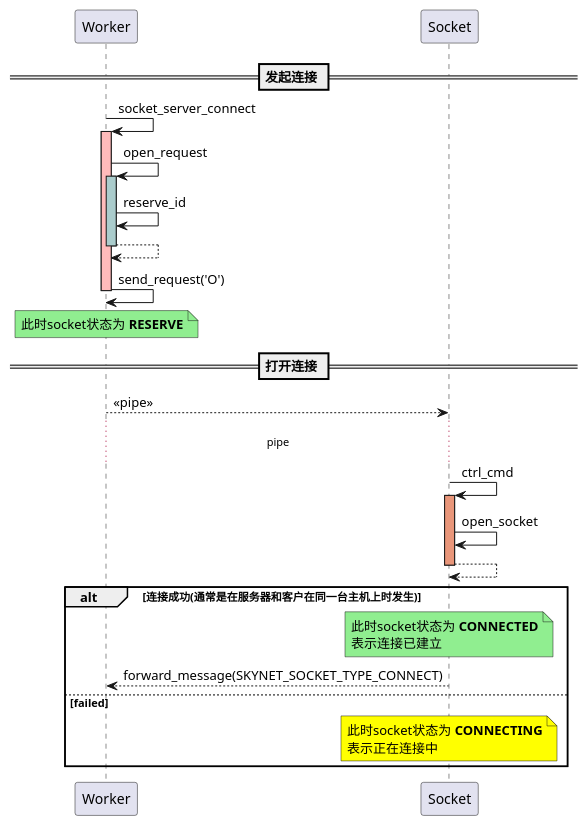
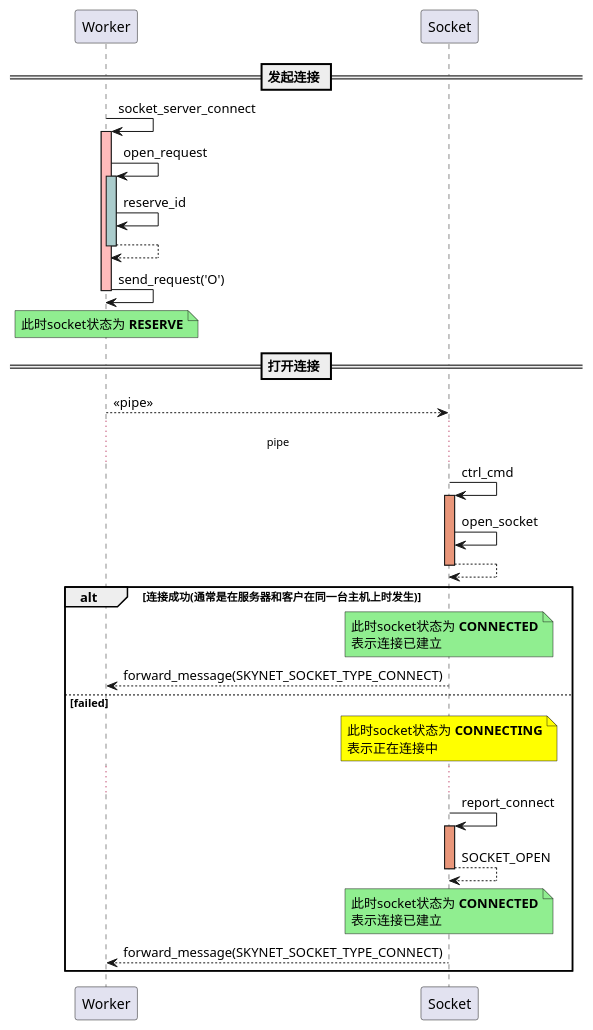
The diagram in plantuml/connect.puml (bitvcat/graphs), drawn with PlantUML before and after one commit.

Commit message:
domi： skynet connect plantuml

```diff
--- a/plantuml/connect.puml
+++ b/plantuml/connect.puml
@@ -1,28 +1,33 @@
 @startuml
 participant Worker
 participant Socket
 
 == 发起连接 ==
 Worker -> Worker ++ #FFBBBB: socket_server_connect
 Worker -> Worker ++ #AACCCC: open_request
 Worker -> Worker : reserve_id
 return
 Worker -> Worker --: send_request('O')
 note over Worker #lightgreen: 此时socket状态为 **RESERVE**
 
 == 打开连接 ==
 Worker --> Socket: <<pipe>>
 ... pipe ...
 
 Socket -> Socket ++ #DarkSalmon: ctrl_cmd
 Socket -> Socket: open_socket
 return
 
 alt 连接成功(通常是在服务器和客户在同一台主机上时发生)
 note over Socket #lightgreen: 此时socket状态为 **CONNECTED**\n表示连接已建立
 Socket --> Worker: forward_message(SKYNET_SOCKET_TYPE_CONNECT)
 else failed
 note over Socket #Yellow: 此时socket状态为 **CONNECTING**\n表示正在连接中
+...
+Socket -> Socket ++ #DarkSalmon: report_connect
+return SOCKET_OPEN
+note over Socket #lightgreen: 此时socket状态为 **CONNECTED**\n表示连接已建立
+Socket --> Worker: forward_message(SKYNET_SOCKET_TYPE_CONNECT)
 end
 
 @enduml
```
